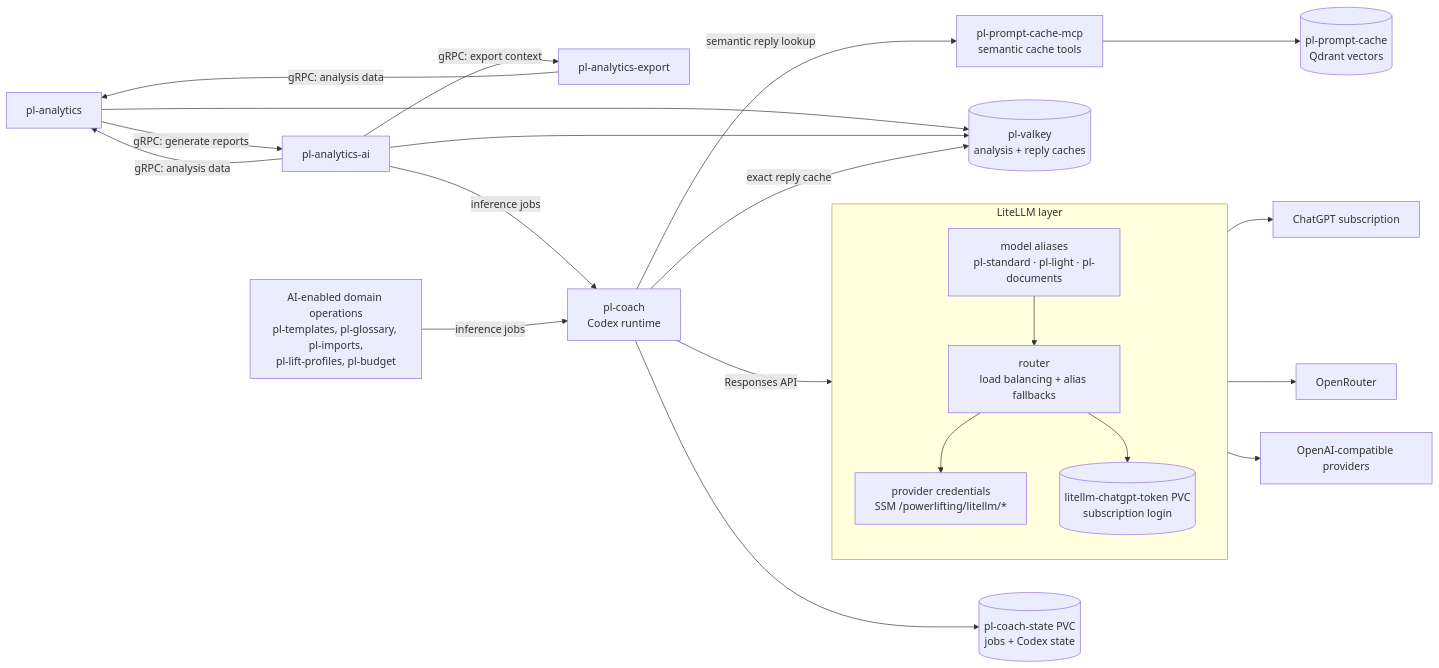
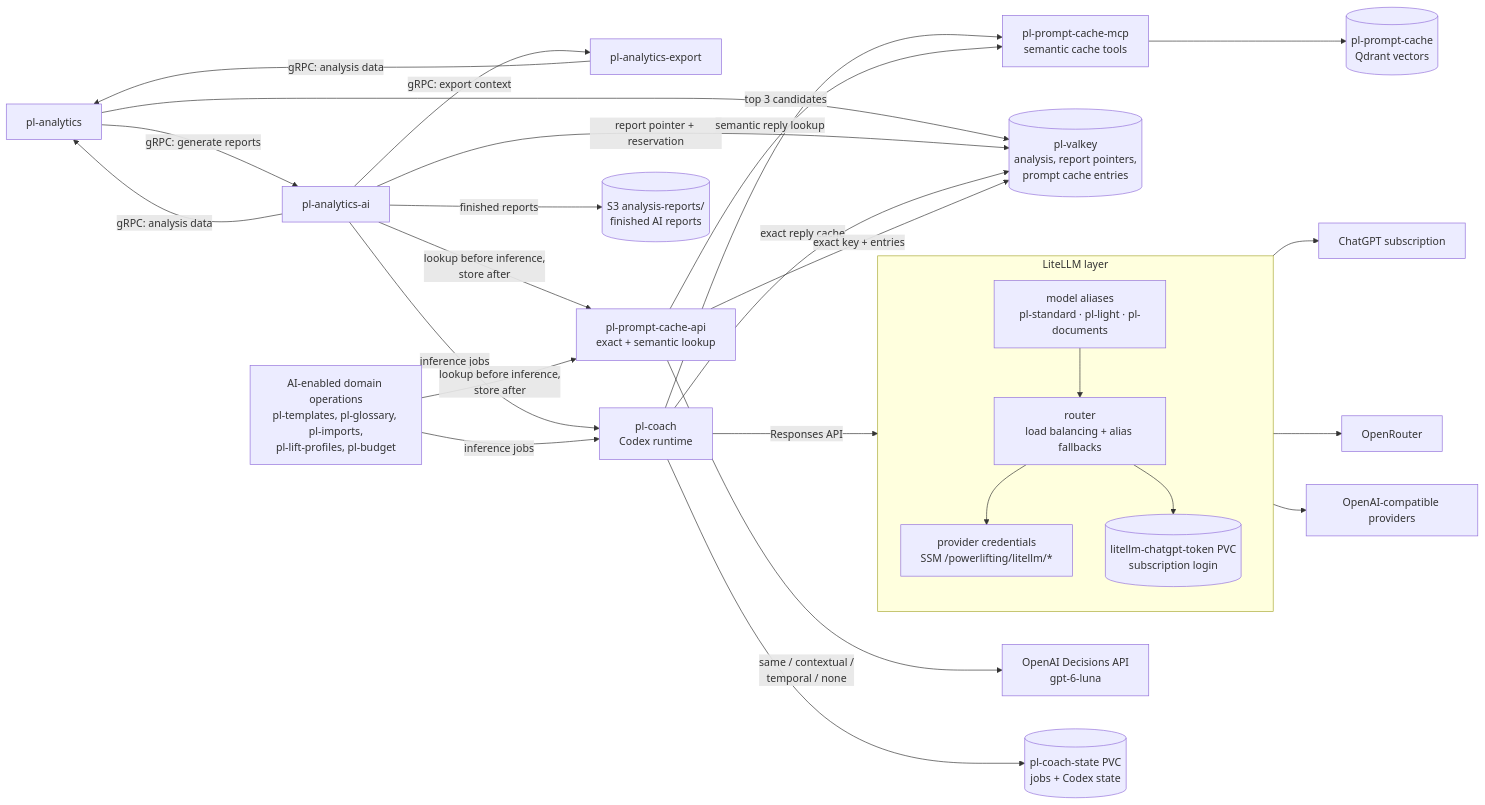
One commit to PierreStephaneVoltaire/ai-powerlifting changed the fourth of 10 diagrams in docs/ARCHITECTURE.md. Above: the diagram before and after it, drawn with Mermaid. The commit also changed other lines of this file and 74 other files, not shown here.

````diff
--- a/docs/ARCHITECTURE.md
+++ b/docs/ARCHITECTURE.md
@@ -171,40 +171,49 @@
 ```mermaid
 flowchart LR
   Analytics["pl-analytics"]
   AI["pl-analytics-ai"]
   Export["pl-analytics-export"]
   Features["AI-enabled domain operations<br/>pl-templates, pl-glossary, pl-imports,<br/>pl-lift-profiles, pl-budget"]
   Coach["pl-coach<br/>Codex runtime"]
-  Valkey[("pl-valkey<br/>analysis + reply caches")]
+  Valkey[("pl-valkey<br/>analysis, report pointers,<br/>prompt cache entries")]
+  PromptCache["pl-prompt-cache-api<br/>exact + semantic lookup"]
   CacheMCP["pl-prompt-cache-mcp<br/>semantic cache tools"]
+  Decisions["OpenAI Decisions API<br/>gpt-6-luna"]
+  Reports[("S3 analysis-reports/<br/>finished AI reports")]
   Qdrant[("pl-prompt-cache<br/>Qdrant vectors")]
   State[("pl-coach-state PVC<br/>jobs + Codex state")]
 
   subgraph LLM["LiteLLM layer"]
     direction TB
     Aliases["model aliases<br/>pl-standard · pl-light · pl-documents"]
     Router["router<br/>load balancing + alias fallbacks"]
     Creds["provider credentials<br/>SSM /powerlifting/litellm/*"]
     Token[("litellm-chatgpt-token PVC<br/>subscription login")]
     Aliases --> Router --> Creds
     Router --> Token
   end
 
   ChatGPT["ChatGPT subscription"]
   OpenRouter["OpenRouter"]
   Compat["OpenAI-compatible providers"]
 
   Analytics -->|"gRPC: generate reports"| AI
   AI -->|"gRPC: analysis data"| Analytics
   AI -->|"gRPC: export context"| Export
   Export -->|"gRPC: analysis data"| Analytics
   AI -->|"inference jobs"| Coach
   Features -->|"inference jobs"| Coach
   Coach -->|"Responses API"| Aliases
   Router --> ChatGPT & OpenRouter & Compat
   Analytics --> Valkey
-  AI --> Valkey
+  AI -->|"report pointer + reservation"| Valkey
+  AI -->|"finished reports"| Reports
+  AI -->|"lookup before inference,<br/>store after"| PromptCache
+  Features -->|"lookup before inference,<br/>store after"| PromptCache
   Coach -->|"exact reply cache"| Valkey
-  Coach -->|"semantic reply lookup"| CacheMCP --> Qdrant
+  Coach -->|"semantic reply lookup"| CacheMCP
+  PromptCache -->|"exact key + entries"| Valkey
+  PromptCache -->|"top 3 candidates"| CacheMCP --> Qdrant
+  PromptCache -->|"same / contextual /<br/>temporal / none"| Decisions
   Coach --> State
 ```
````
